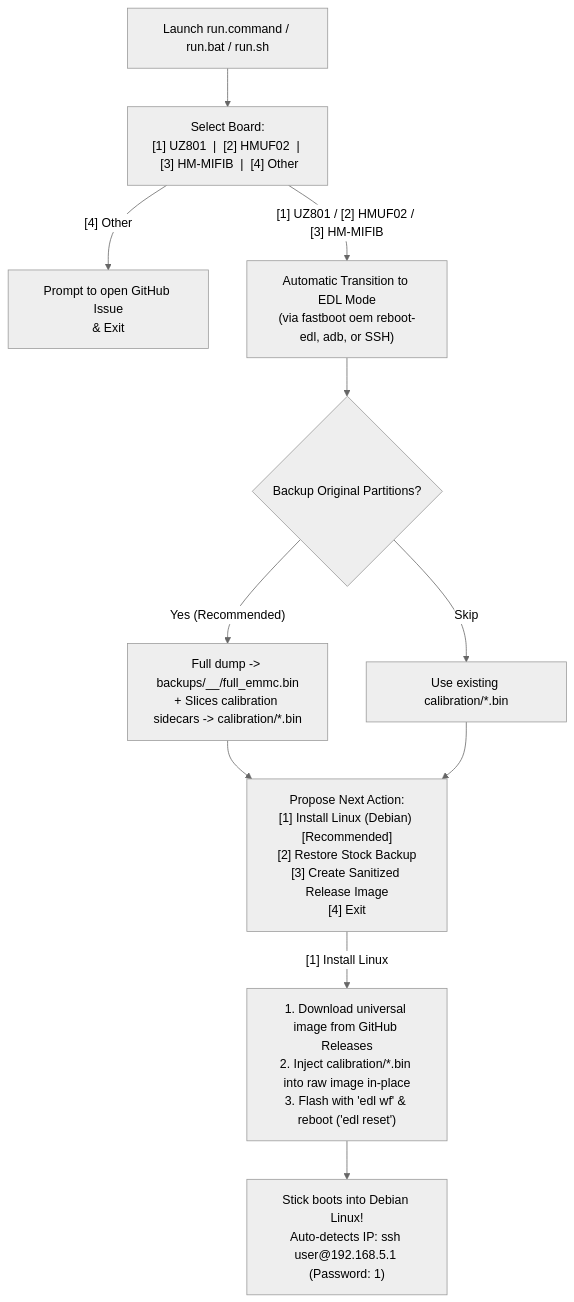
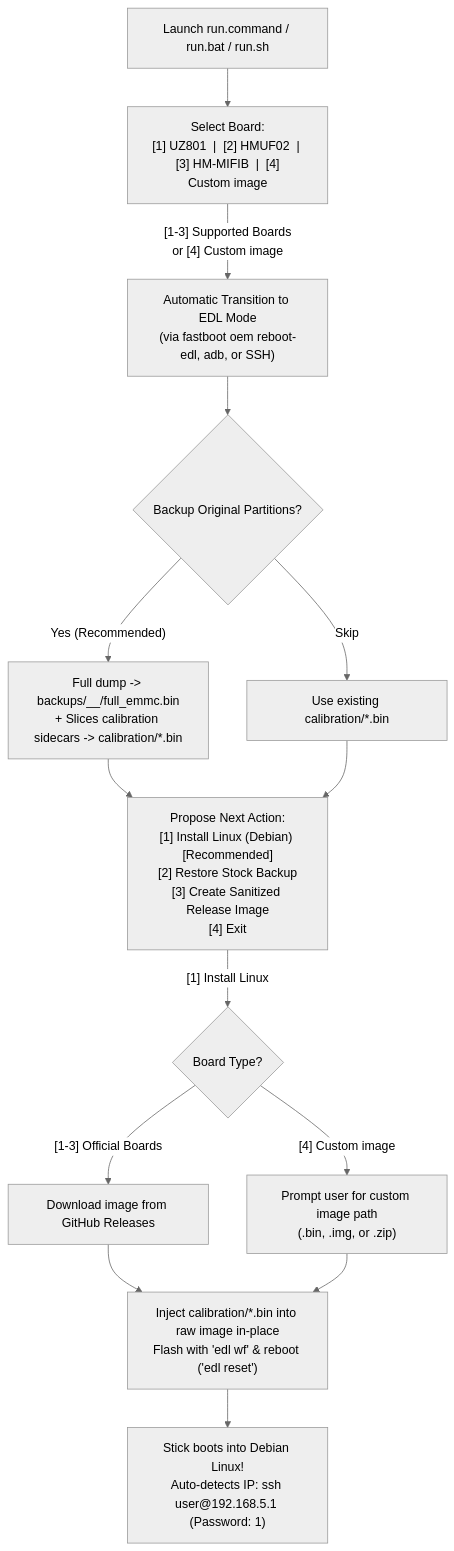
Before and after one commit to Basistiy/openstick-installer: the diagram in README.md, drawn with Mermaid (neutral theme). The commit also changed other lines of this file and 7 other files, not shown here.

Commit message:
custom image support

````diff
--- a/README.md
+++ b/README.md
@@ -72,13 +72,16 @@
 ```mermaid
 flowchart TD
-    A["Launch run.command / run.bat / run.sh"] --> B["Select Board:\n[1] UZ801  |  [2] HMUF02  |  [3] HM-MIFIB  |  [4] Other"]
-    B -->|"[4] Other"| C["Prompt to open GitHub Issue\n& Exit"]
-    B -->|"[1] UZ801 / [2] HMUF02 / [3] HM-MIFIB"| D["Automatic Transition to EDL Mode\n(via fastboot oem reboot-edl, adb, or SSH)"]
+    A["Launch run.command / run.bat / run.sh"] --> B["Select Board:\n[1] UZ801  |  [2] HMUF02  |  [3] HM-MIFIB  |  [4] Custom image"]
+    B -->|"[1-3] Supported Boards\nor [4] Custom image"| D["Automatic Transition to EDL Mode\n(via fastboot oem reboot-edl, adb, or SSH)"]
     D --> E{"Backup Original Partitions?"}
     E -->|"Yes (Recommended)"| F["Full dump -> backups/<board>_<ts>_<imei>/full_emmc.bin\n+ Slices calibration sidecars -> calibration/*.bin"]
     E -->|"Skip"| G["Use existing calibration/*.bin"]
     F --> H["Propose Next Action:\n[1] Install Linux (Debian) [Recommended]\n[2] Restore Stock Backup\n[3] Create Sanitized Release Image\n[4] Exit"]
     G --> H
-    H -->|"[1] Install Linux"| I["1. Download universal image from GitHub Releases\n2. Inject calibration/*.bin into raw image in-place\n3. Flash with 'edl wf' & reboot ('edl reset')"]
-    I --> J["Stick boots into Debian Linux!\nAuto-detects IP: ssh user@192.168.5.1 (Password: 1)"]
+    H -->|"[1] Install Linux"| I{"Board Type?"}
+    I -->|"[1-3] Official Boards"| J["Download image from GitHub Releases"]
+    I -->|"[4] Custom image"| K["Prompt user for custom image path\n(.bin, .img, or .zip)"]
+    J --> L["Inject calibration/*.bin into raw image in-place\nFlash with 'edl wf' & reboot ('edl reset')"]
+    K --> L
+    L --> M["Stick boots into Debian Linux!\nAuto-detects IP: ssh user@192.168.5.1 (Password: 1)"]
 ```
````
